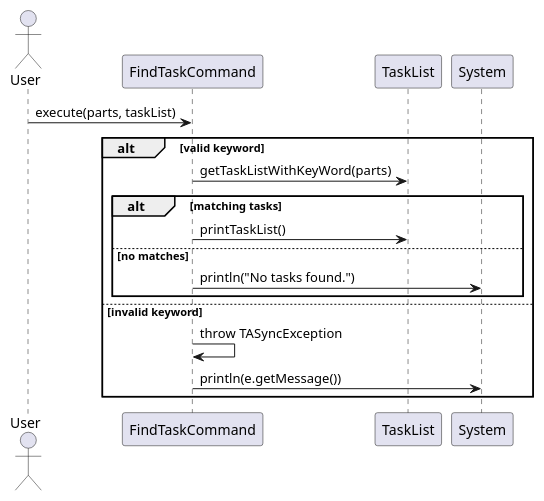
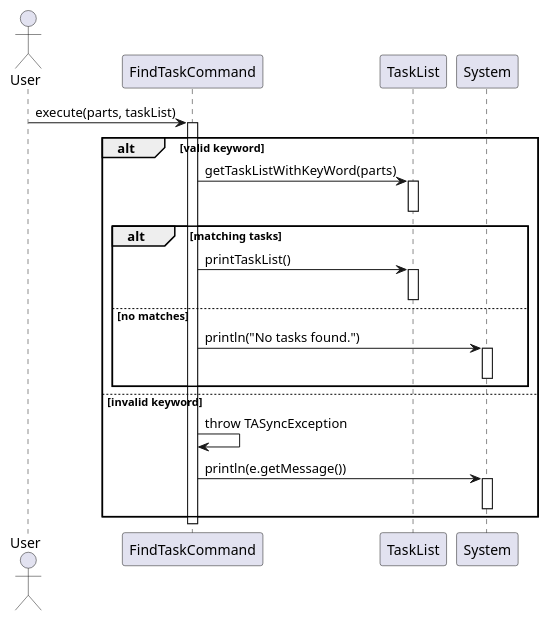
One commit to wongyihao02/tp changed the diagram in docs/diagrams/tasklistcommands/FindTaskCommandSequenceDiagram.puml. Above: the diagram before and after it, drawn with PlantUML. The commit also changed 19 other files, not shown here.

Commit message:
Add activation bar for task command sequence diagrams

```diff
--- a/docs/diagrams/tasklistcommands/FindTaskCommandSequenceDiagram.puml
+++ b/docs/diagrams/tasklistcommands/FindTaskCommandSequenceDiagram.puml
@@ -1,24 +1,35 @@
 @startuml
 'https://plantuml.com/sequence-diagram
 
 actor User
 
 participant "FindTaskCommand" as FindCmd
 participant "TaskList" as TaskList
 participant "System" as Console
 
 User -> FindCmd : execute(parts, taskList)
+activate FindCmd
 
 alt valid keyword
     FindCmd -> TaskList : getTaskListWithKeyWord(parts)
+    activate TaskList
+    deactivate TaskList
+
     alt matching tasks
         FindCmd -> TaskList : printTaskList()
+        activate TaskList
+        deactivate TaskList
     else no matches
         FindCmd -> Console : println("No tasks found.")
+        activate Console
+        deactivate Console
     end
 else invalid keyword
     FindCmd -> FindCmd : throw TASyncException
     FindCmd -> Console : println(e.getMessage())
+    activate Console
+    deactivate Console
 end
 
+deactivate FindCmd
 @enduml
```
